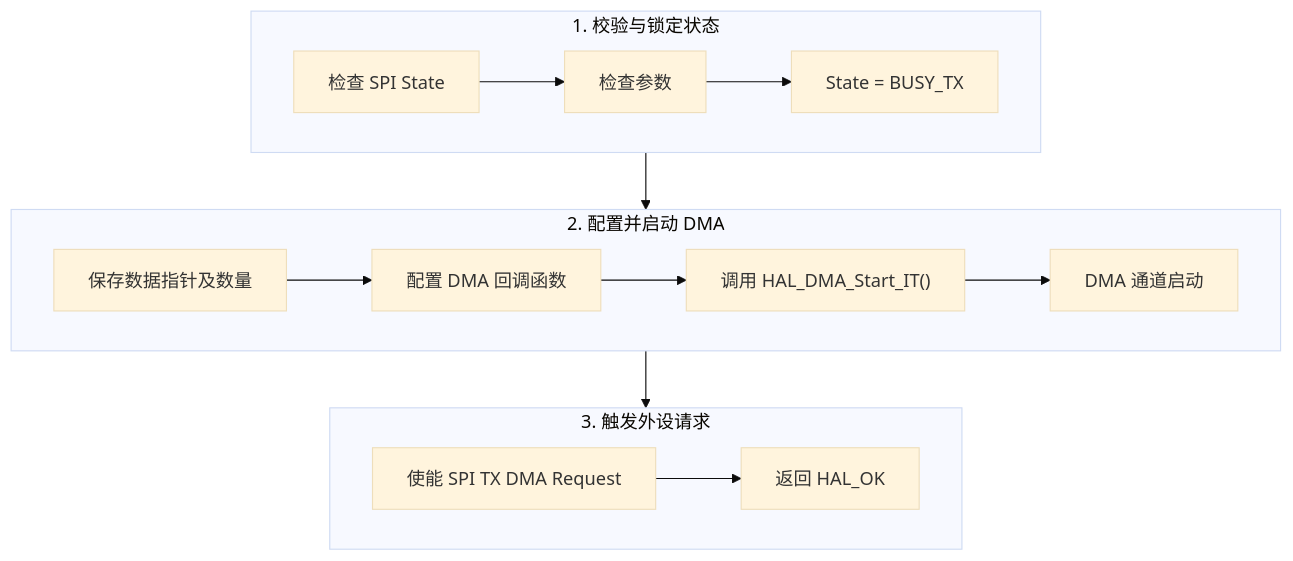
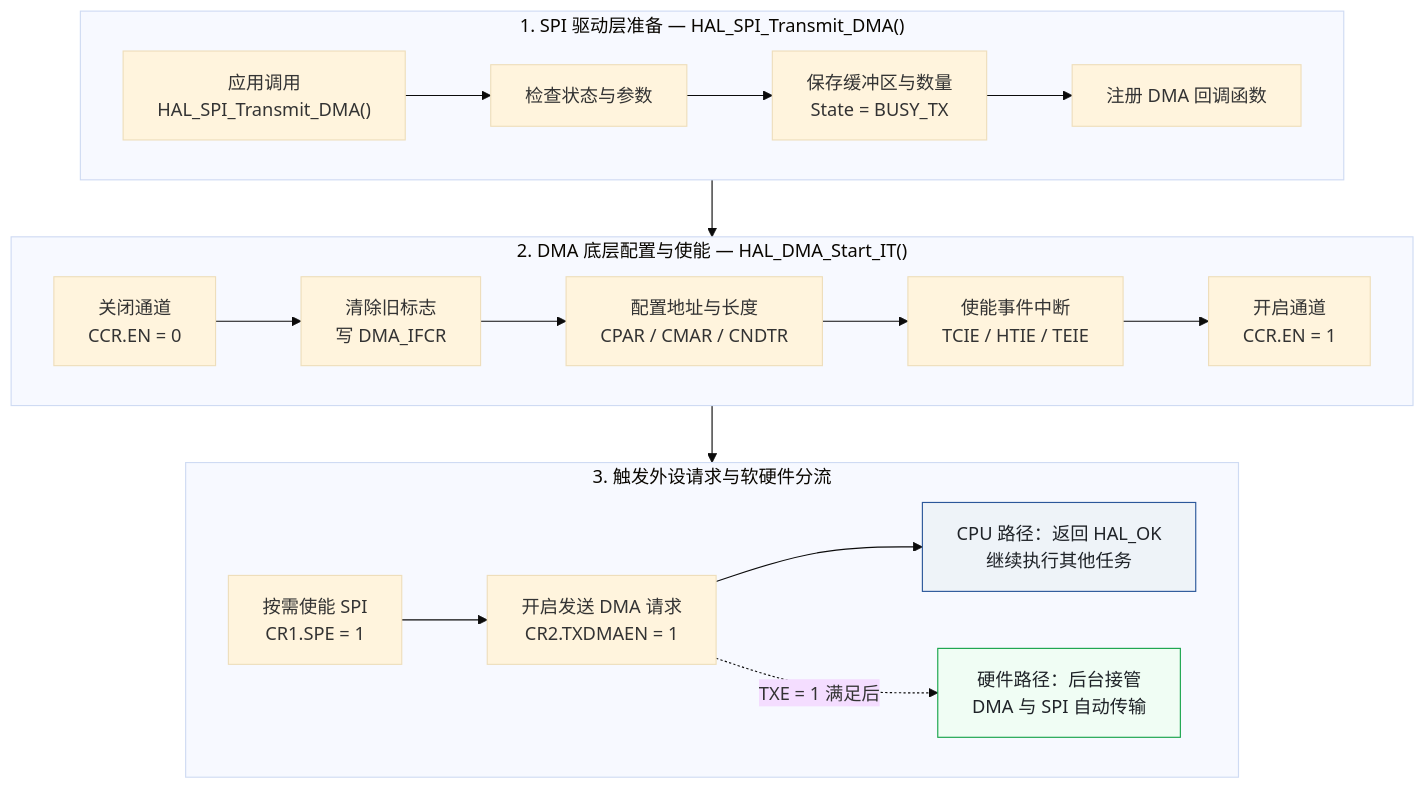
Before and after one commit to JayQingw/embedded-notes: the third of 5 diagrams in 02-STM32/DMA/DMA-Direct Memory Access.md, drawn with Mermaid (base theme). The commit also changed other lines of this file and 62 other files, not shown here.

````diff
--- a/02-STM32/DMA/DMA-Direct Memory Access.md
+++ b/02-STM32/DMA/DMA-Direct Memory Access.md
@@ -226,19 +380,29 @@
 ```mermaid
 flowchart TD
-    subgraph G1["1. 校验与锁定状态"]
+    subgraph G1["1. SPI 驱动层准备 — HAL_SPI_Transmit_DMA()"]
         direction LR
-        S1["检查 SPI State"] --> S2["检查参数"] --> S3["State = BUSY_TX"]
+        A["应用调用<br/>HAL_SPI_Transmit_DMA()"] --> B["检查状态与参数"]
+        B --> C["保存缓冲区与数量<br/>State = BUSY_TX"]
+        C --> D["注册 DMA 回调函数"]
     end
 
-    subgraph G2["2. 配置并启动 DMA"]
+    subgraph G2["2. DMA 底层配置与使能 — HAL_DMA_Start_IT()"]
         direction LR
-        S4["保存数据指针及数量"] --> S5["配置 DMA 回调函数"] --> S6["调用 HAL_DMA_Start_IT()"] --> S7["DMA 通道启动"]
+        E["关闭通道<br/>CCR.EN = 0"] --> F["清除旧标志<br/>写 DMA_IFCR"]
+        F --> G["配置地址与长度<br/>CPAR / CMAR / CNDTR"]
+        G --> H["使能事件中断<br/>TCIE / HTIE / TEIE"]
+        H --> I["开启通道<br/>CCR.EN = 1"]
     end
 
-    subgraph G3["3. 触发外设请求"]
+    subgraph G3["3. 触发外设请求与软硬件分流"]
         direction LR
-        S8["使能 SPI TX DMA Request"] --> S9["返回 HAL_OK"]
+        J["按需使能 SPI<br/>CR1.SPE = 1"] --> K["开启发送 DMA 请求<br/>CR2.TXDMAEN = 1"]
+        K --> L["CPU 路径：返回 HAL_OK<br/>继续执行其他任务"]
+        K -. "TXE = 1 满足后" .-> M["硬件路径：后台接管<br/>DMA 与 SPI 自动传输"]
     end
 
     G1 --> G2 --> G3
+
+    style L fill:#EEF3F8,stroke:#2B579A,color:#1F2328
+    style M fill:#F0FDF4,stroke:#16A34A,color:#1F2328
 ```
````
